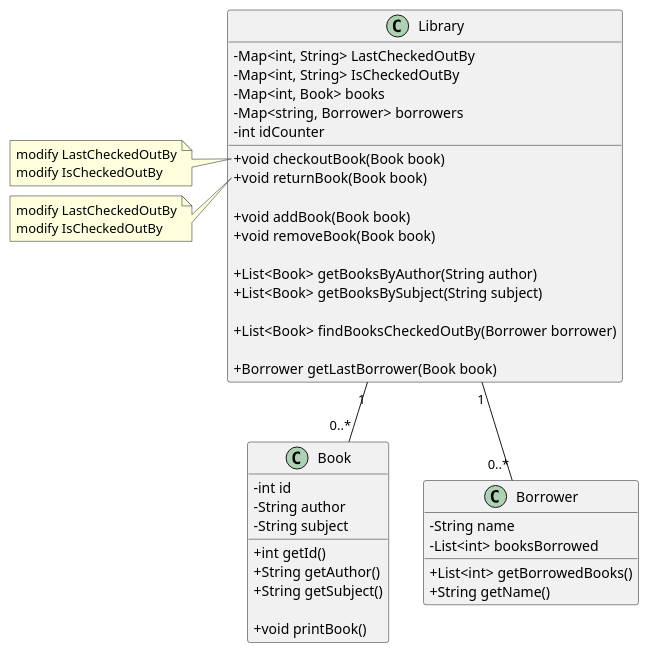
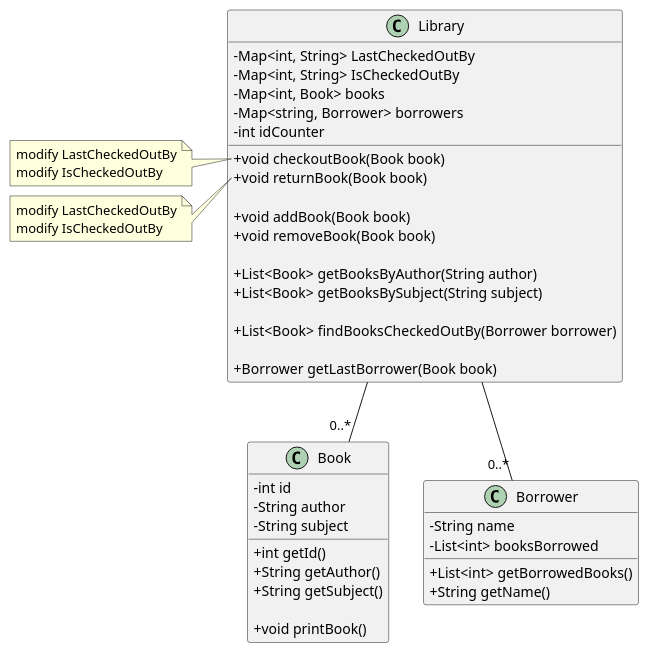
The diagram in uml/uml-1.puml (MarkLai0317/Software-Engineering-Midterm), drawn with PlantUML before and after one commit. The commit also changed 3 other files, not shown here.

Commit message:
uml update

```diff
--- a/uml/uml-1.puml
+++ b/uml/uml-1.puml
@@ -1,62 +1,62 @@
 @startuml
 skinparam classAttributeIconSize 0
 
 class Book{
     -int id
     -String author
     -String subject
 
     +int getId()
     +String getAuthor()
     +String getSubject()
 
     +void printBook()
 }
 
 class Borrower{
     -String name
     -List<int> booksBorrowed
     +List<int> getBorrowedBooks()
     +String getName()
 
 }
 
 class Library{
 
     'store last borrower of a book'
     -Map<int, String> LastCheckedOutBy 
     -Map<int, String> IsCheckedOutBy
     -Map<int, Book> books
     -Map<string, Borrower> borrowers
     -int idCounter
 
     
 
     +void checkoutBook(Book book)
     +void returnBook(Book book)
 
     +void addBook(Book book)
     +void removeBook(Book book)
 
     +List<Book> getBooksByAuthor(String author)
     +List<Book> getBooksBySubject(String subject)
 
     +List<Book> findBooksCheckedOutBy(Borrower borrower)
 
     +Borrower getLastBorrower(Book book)
 
 }
 
-Library "1" -- "0..*" Book
-Library "1" -- "0..*" Borrower
+Library -- "0..*" Book
+Library -- "0..*" Borrower
 
 note left of  Library::checkoutBook
     modify LastCheckedOutBy
     modify IsCheckedOutBy
 end note
 
 note left of  Library::returnBook
     modify LastCheckedOutBy
     modify IsCheckedOutBy
 end note
 @enduml
```
